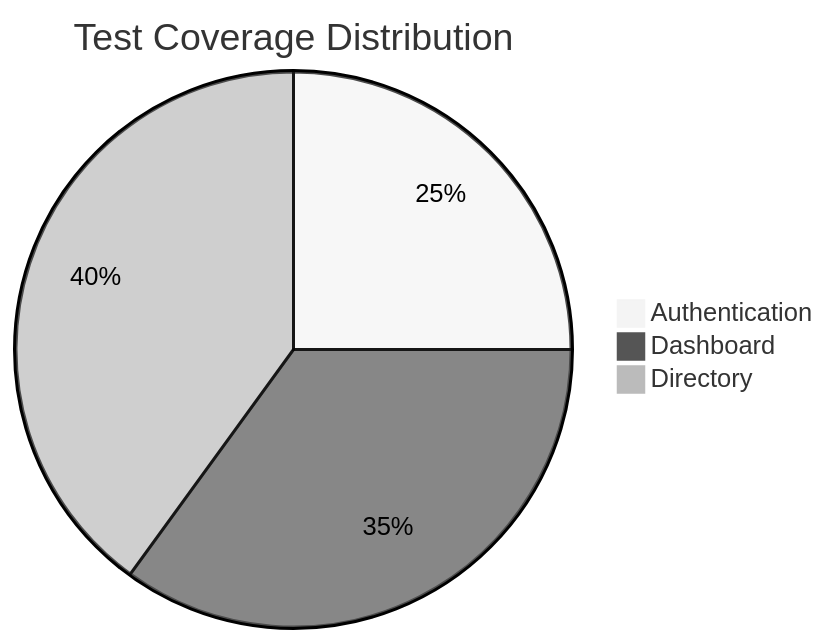
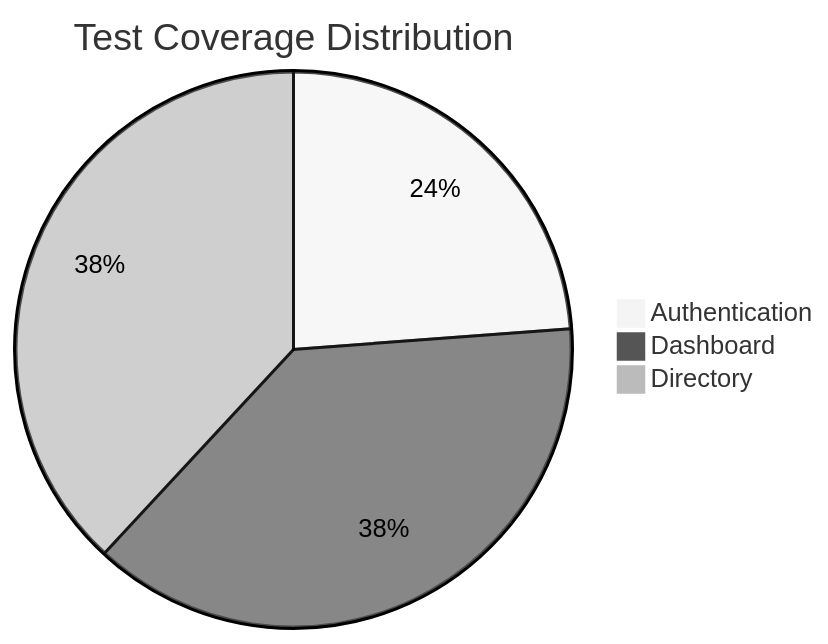
The diagram in README.md (indraginanjar/ai-orangehrm-test-automation-playwright-aider), drawn with Mermaid (neutral theme) before and after one commit. The commit also changed other lines of this file, not shown here.

Commit message:
docs: update README dengan test case dashboard terbaru

````diff
--- a/README.md
+++ b/README.md
@@ -27,7 +27,7 @@
 ```mermaid
 pie
     title Test Coverage Distribution
     "Authentication" : 25
-    "Dashboard" : 35
+    "Dashboard" : 40
     "Directory" : 40
 ```
````
